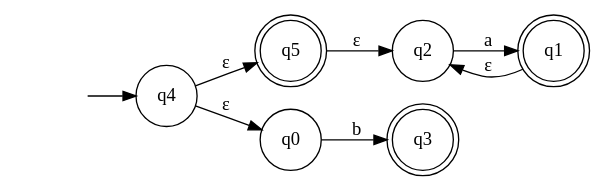
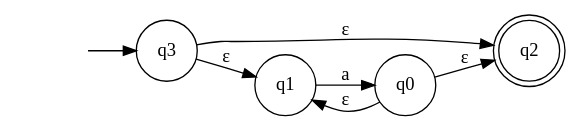
Before and after one commit to CallahanK/Graphex-Regex: the diagram in graphex/nfa.gv, drawn with Graphviz. The commit also changed 42 other files, not shown here.

```diff
--- a/graphex/nfa.gv
+++ b/graphex/nfa.gv
@@ -1,13 +1,12 @@
 digraph NFA { 
 rankdir=LR; 
 node [ shape = none]; ""; 
-node [ shape = doublecircle]; q1, q3, q5; 
+node [ shape = doublecircle]; q2; 
 node [ shape = circle];
-"" -> q4;
-q4 -> q0 [ label = "ε" ];
-q4 -> q5 [ label = "ε" ];
-q0 -> q3 [ label = "b" ];
-q5 -> q2 [ label = "ε" ];
-q2 -> q1 [ label = "a" ];
-q1 -> q2 [ label = "ε" ];
+"" -> q3;
+q3 -> q1 [ label = "ε" ];
+q3 -> q2 [ label = "ε" ];
+q1 -> q0 [ label = "a" ];
+q0 -> q1 [ label = "ε" ];
+q0 -> q2 [ label = "ε" ];
 }
```
